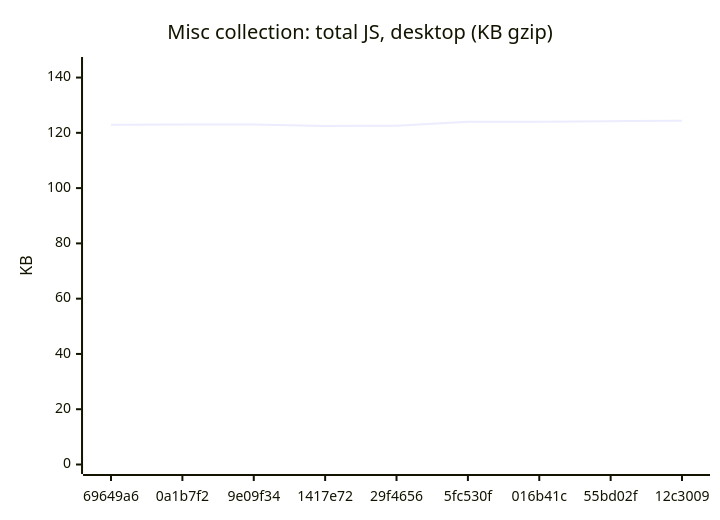
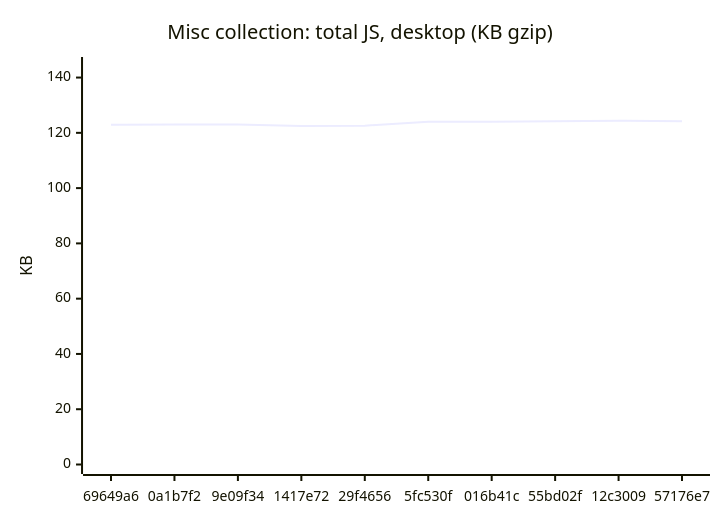
Before and after one commit to AxelUser/maltsev.space: the ninth of 18 diagrams in README.md, drawn with Mermaid. The commit also changed other lines of this file and 1 other file, not shown here.

````diff
--- a/README.md
+++ b/README.md
@@ -107,7 +107,7 @@
 ```mermaid
 xychart-beta
   title "Misc collection: total JS, desktop (KB gzip)"
-  x-axis ["69649a6", "0a1b7f2", "9e09f34", "1417e72", "29f4656", "5fc530f", "016b41c", "55bd02f", "12c3009"]
+  x-axis ["69649a6", "0a1b7f2", "9e09f34", "1417e72", "29f4656", "5fc530f", "016b41c", "55bd02f", "12c3009", "57176e7"]
   y-axis "KB" 0 --> 144
-  line [122.9, 123, 123, 122.5, 122.6, 124, 124, 124.2, 124.4]
+  line [122.9, 123, 123, 122.5, 122.6, 124, 124, 124.2, 124.4, 124.2]
 ```
````
